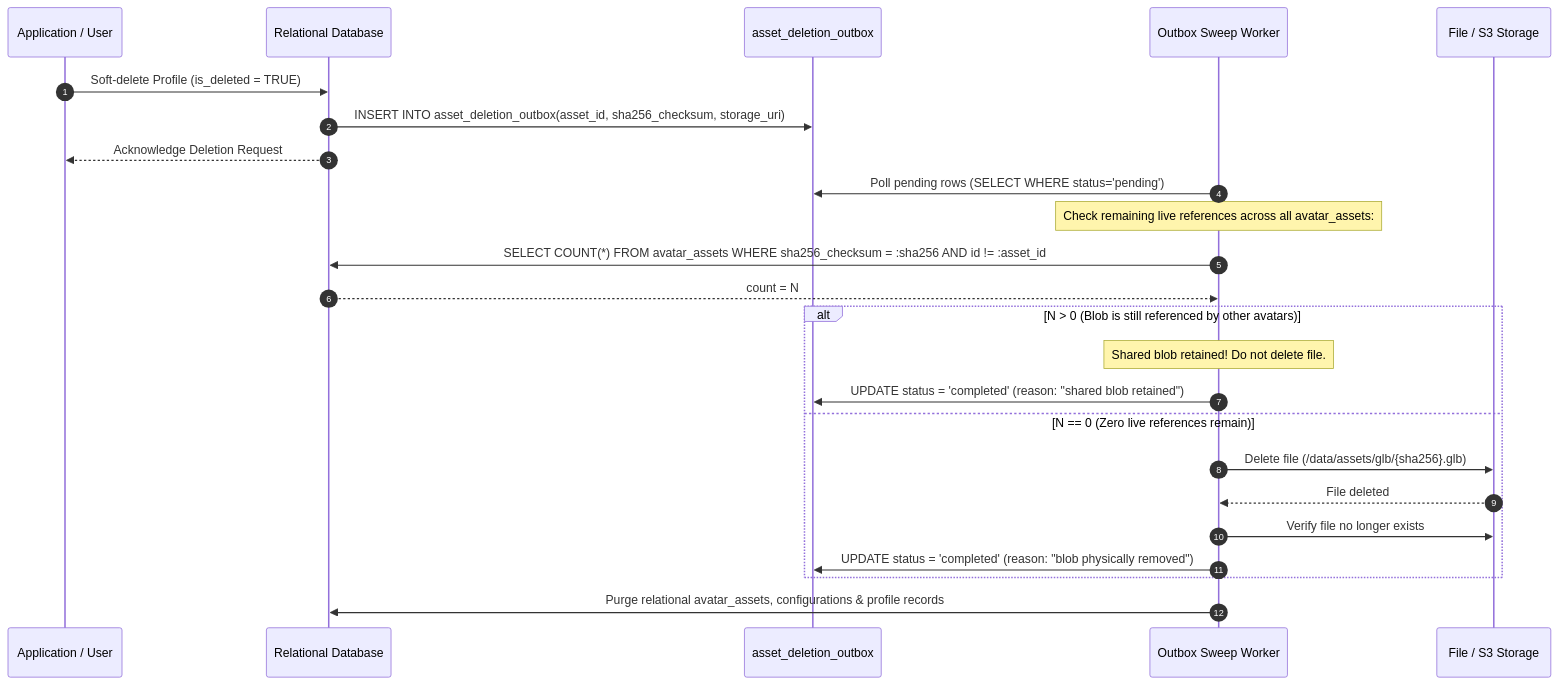
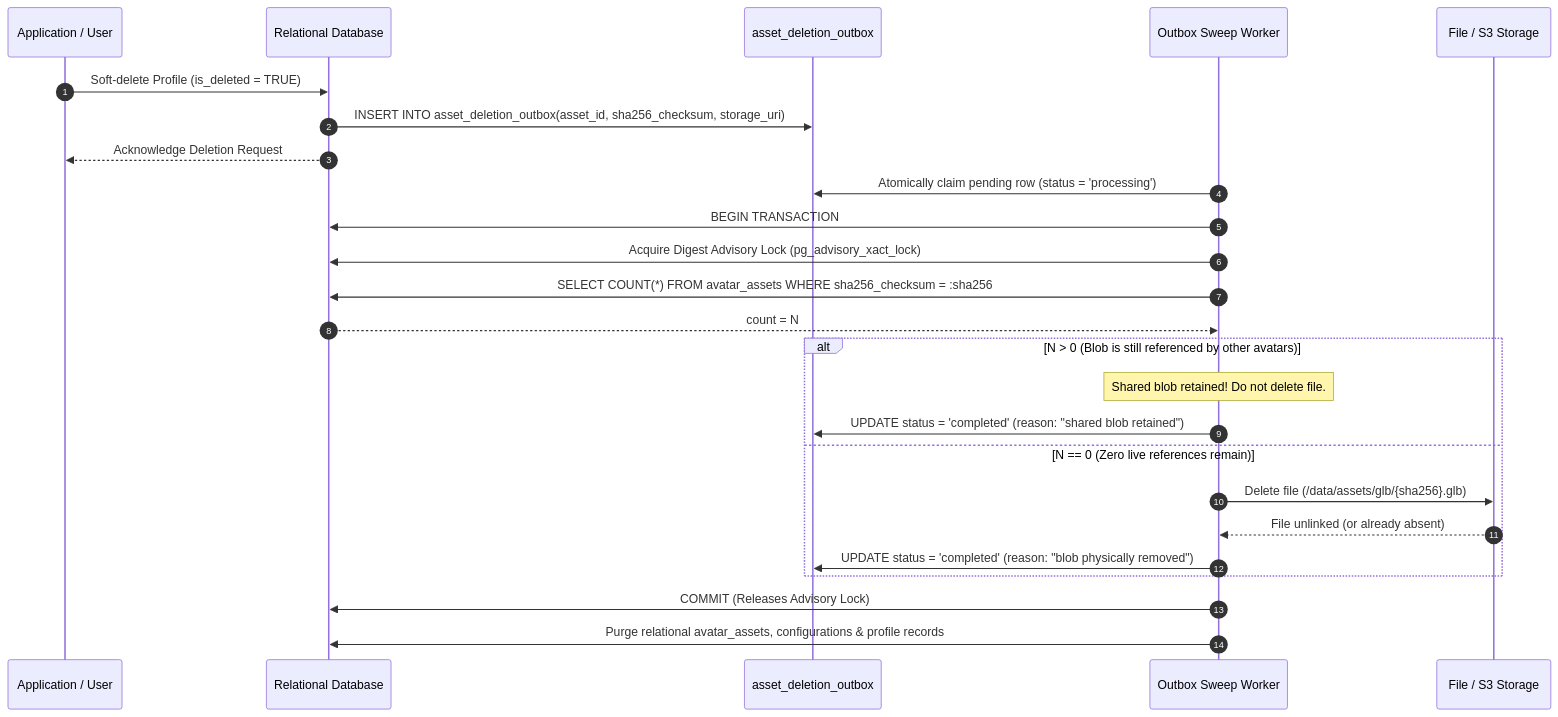
Before and after one commit to SnehaSwarnkar/WearWise: the second of 2 diagrams in WEARWISE-BODY-ENGINE/docs/architecture/DATABASE_SCHEMA.md, drawn with Mermaid. The commit also changed other lines of this file, not shown here.

Commit message:
docs(database): specify atomic digest-level advisory lock and BEGIN IMMEDIATE blob deletion synchronization (Rev 1.2.1)

````diff
--- a/WEARWISE-BODY-ENGINE/docs/architecture/DATABASE_SCHEMA.md
+++ b/WEARWISE-BODY-ENGINE/docs/architecture/DATABASE_SCHEMA.md
@@ -351,30 +408,31 @@
 ```mermaid
 sequenceDiagram
     autonumber
     participant App as Application / User
     participant DB as Relational Database
     participant Outbox as asset_deletion_outbox
     participant Worker as Outbox Sweep Worker
     participant Storage as File / S3 Storage
 
     App->>DB: Soft-delete Profile (is_deleted = TRUE)
     DB->>Outbox: INSERT INTO asset_deletion_outbox(asset_id, sha256_checksum, storage_uri)
     DB-->>App: Acknowledge Deletion Request
 
-    Worker->>Outbox: Poll pending rows (SELECT WHERE status='pending')
-    Note over Worker: Check remaining live references across all avatar_assets:
-    Worker->>DB: SELECT COUNT(*) FROM avatar_assets WHERE sha256_checksum = :sha256 AND id != :asset_id
+    Worker->>Outbox: Atomically claim pending row (status = 'processing')
+    Worker->>DB: BEGIN TRANSACTION
+    Worker->>DB: Acquire Digest Advisory Lock (pg_advisory_xact_lock)
+    Worker->>DB: SELECT COUNT(*) FROM avatar_assets WHERE sha256_checksum = :sha256
     DB-->>Worker: count = N
 
     alt N > 0 (Blob is still referenced by other avatars)
         Note over Worker: Shared blob retained! Do not delete file.
         Worker->>Outbox: UPDATE status = 'completed' (reason: "shared blob retained")
     else N == 0 (Zero live references remain)
         Worker->>Storage: Delete file (/data/assets/glb/{sha256}.glb)
-        Storage-->>Worker: File deleted
-        Worker->>Storage: Verify file no longer exists
+        Storage-->>Worker: File unlinked (or already absent)
         Worker->>Outbox: UPDATE status = 'completed' (reason: "blob physically removed")
     end
+    Worker->>DB: COMMIT (Releases Advisory Lock)
 
     Worker->>DB: Purge relational avatar_assets, configurations & profile records
 ```
````
